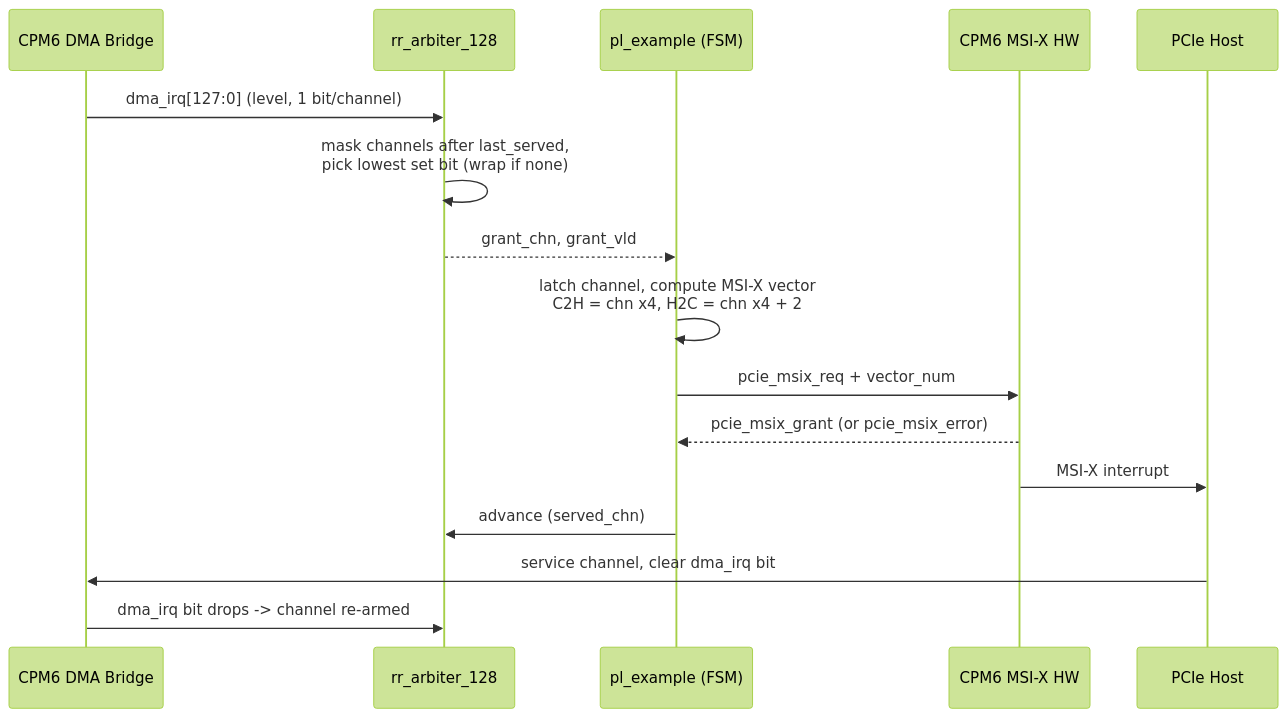
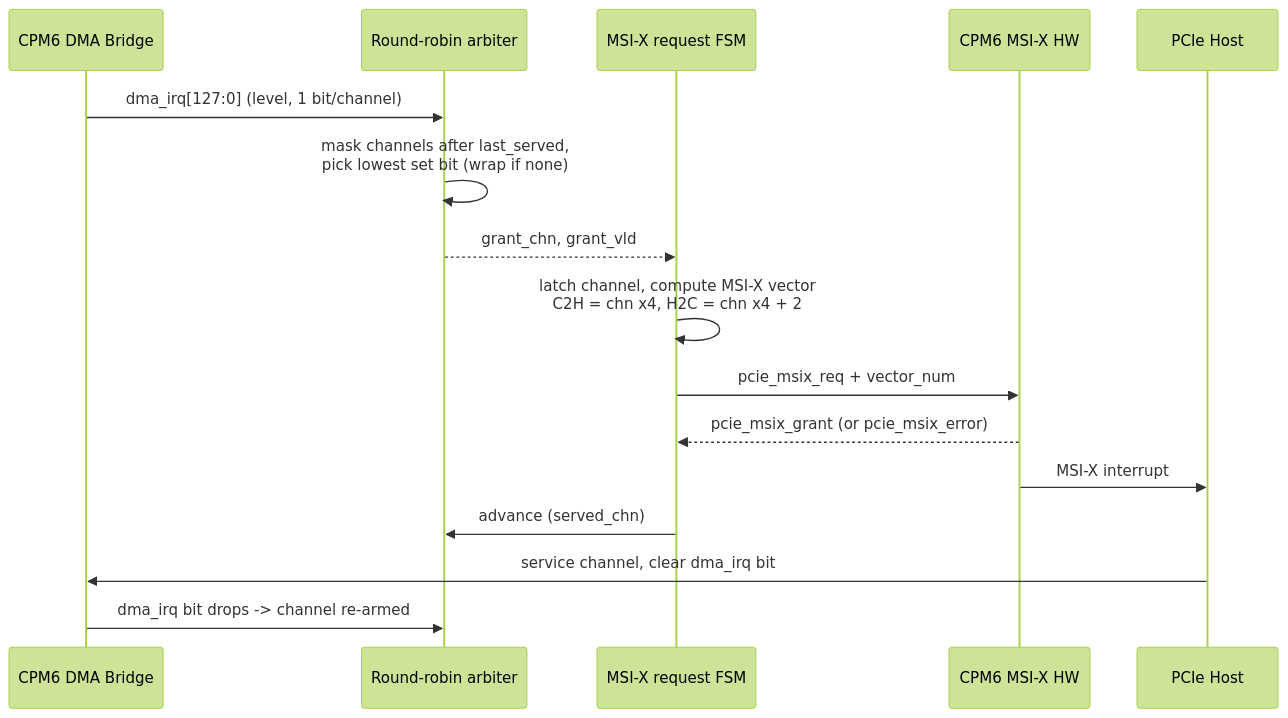
Before and after one commit to Xilinx/XilinxCEDStore: the second of 3 diagrams in ced/Xilinx/IPI/Versal_CPM6_DMA_Design/README.md, drawn with Mermaid (forest theme). The commit also changed other lines of this file and 21 other files, not shown here.

````diff
--- a/ced/Xilinx/IPI/Versal_CPM6_DMA_Design/README.md
+++ b/ced/Xilinx/IPI/Versal_CPM6_DMA_Design/README.md
@@ -112,19 +111,19 @@
 ```mermaid
 sequenceDiagram
     participant DMA as CPM6 DMA Bridge
-    participant ARB as rr_arbiter_128
-    participant PLX as pl_example (FSM)
+    participant ARB as Round-robin arbiter
+    participant PLX as MSI-X request FSM
     participant CPM as CPM6 MSI-X HW
     participant Host as PCIe Host
 
     DMA->>ARB: dma_irq[127:0] (level, 1 bit/channel)
     ARB->>ARB: mask channels after last_served,<br/>pick lowest set bit (wrap if none)
     ARB-->>PLX: grant_chn, grant_vld
     PLX->>PLX: latch channel, compute MSI-X vector<br/>C2H = chn x4, H2C = chn x4 + 2
     PLX->>CPM: pcie_msix_req + vector_num
     CPM-->>PLX: pcie_msix_grant (or pcie_msix_error)
     CPM->>Host: MSI-X interrupt
     PLX->>ARB: advance (served_chn)
     Host->>DMA: service channel, clear dma_irq bit
     DMA->>ARB: dma_irq bit drops -> channel re-armed
 ```
````
